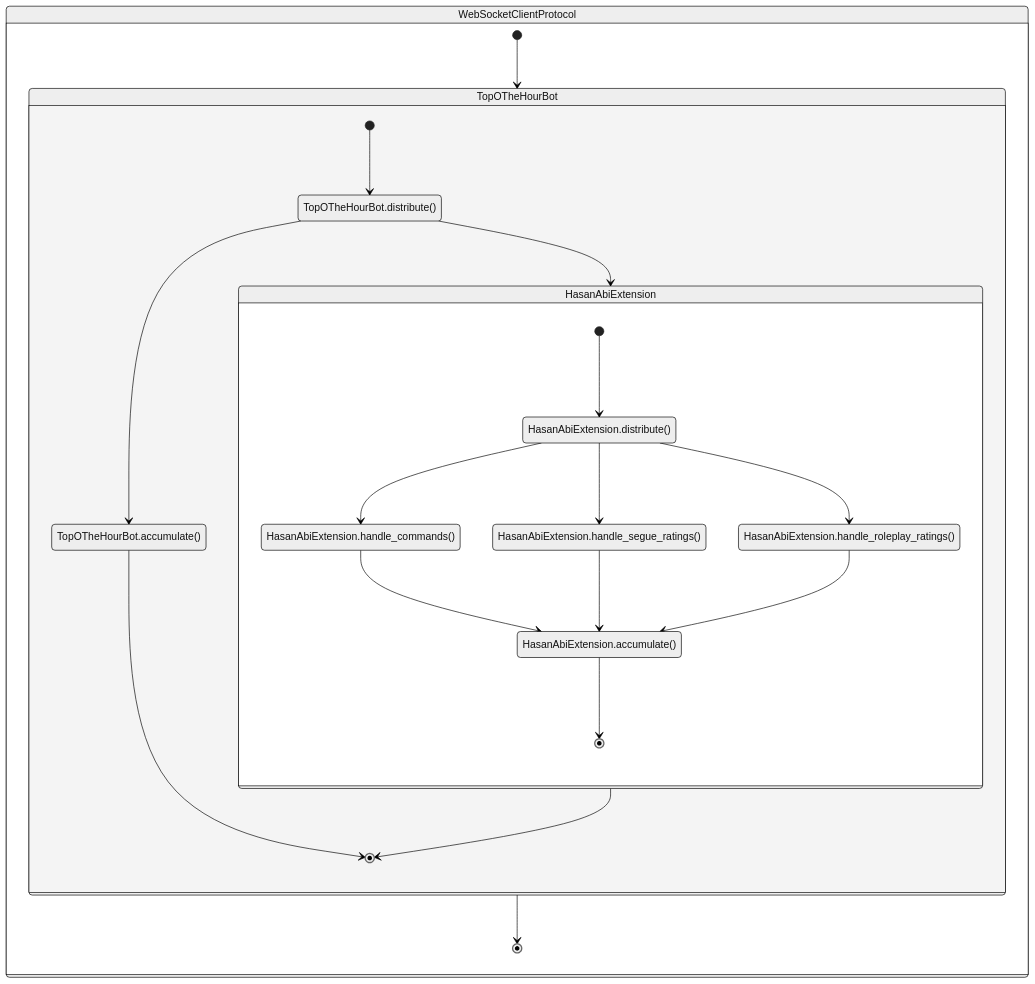
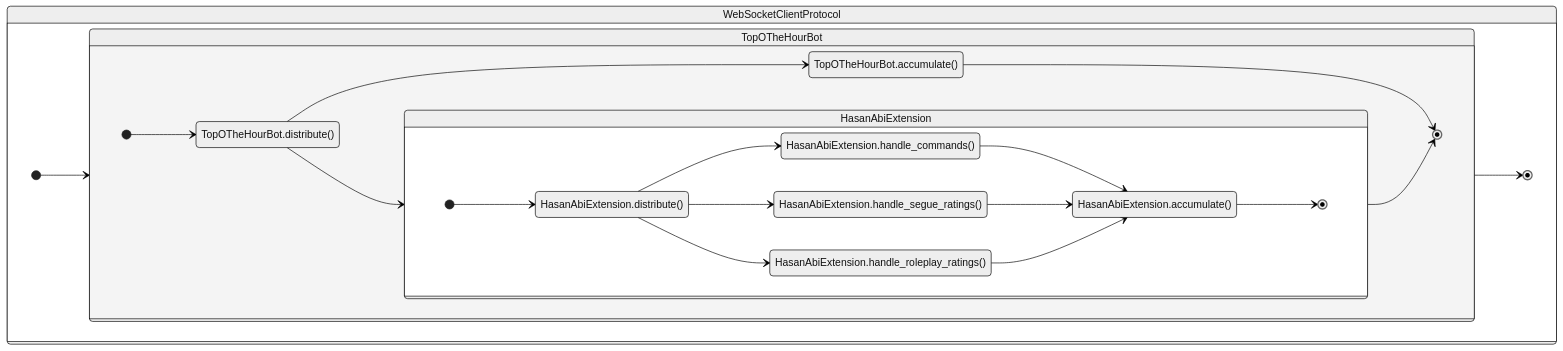
The diagram in CONTRIBUTING.md (TopOTheHourBot/TopOTheHourBot), drawn with Mermaid (neutral theme) before and after one commit. The commit also changed other lines of this file, not shown here.

````diff
--- a/CONTRIBUTING.md
+++ b/CONTRIBUTING.md
@@ -72,24 +72,27 @@
 ```mermaid
 stateDiagram-v2
     state WebSocketClientProtocol {
+        direction LR
         [*] --> TopOTheHourBot
         TopOTheHourBot --> [*]
         state TopOTheHourBot {
+            direction LR
             [*] --> TopOTheHourBot.distribute()
             TopOTheHourBot.distribute() --> TopOTheHourBot.accumulate()
             TopOTheHourBot.distribute() --> HasanAbiExtension
             TopOTheHourBot.accumulate() --> [*]
             HasanAbiExtension --> [*]
             state HasanAbiExtension {
+                direction LR
                 [*] --> HasanAbiExtension.distribute()
                 HasanAbiExtension.distribute() --> HasanAbiExtension.handle_commands()
                 HasanAbiExtension.distribute() --> HasanAbiExtension.handle_segue_ratings()
                 HasanAbiExtension.distribute() --> HasanAbiExtension.handle_roleplay_ratings()
                 HasanAbiExtension.handle_commands() --> HasanAbiExtension.accumulate()
                 HasanAbiExtension.handle_segue_ratings() --> HasanAbiExtension.accumulate()
                 HasanAbiExtension.handle_roleplay_ratings() --> HasanAbiExtension.accumulate()
                 HasanAbiExtension.accumulate() --> [*]
             }
         }
     }
 ```
````
